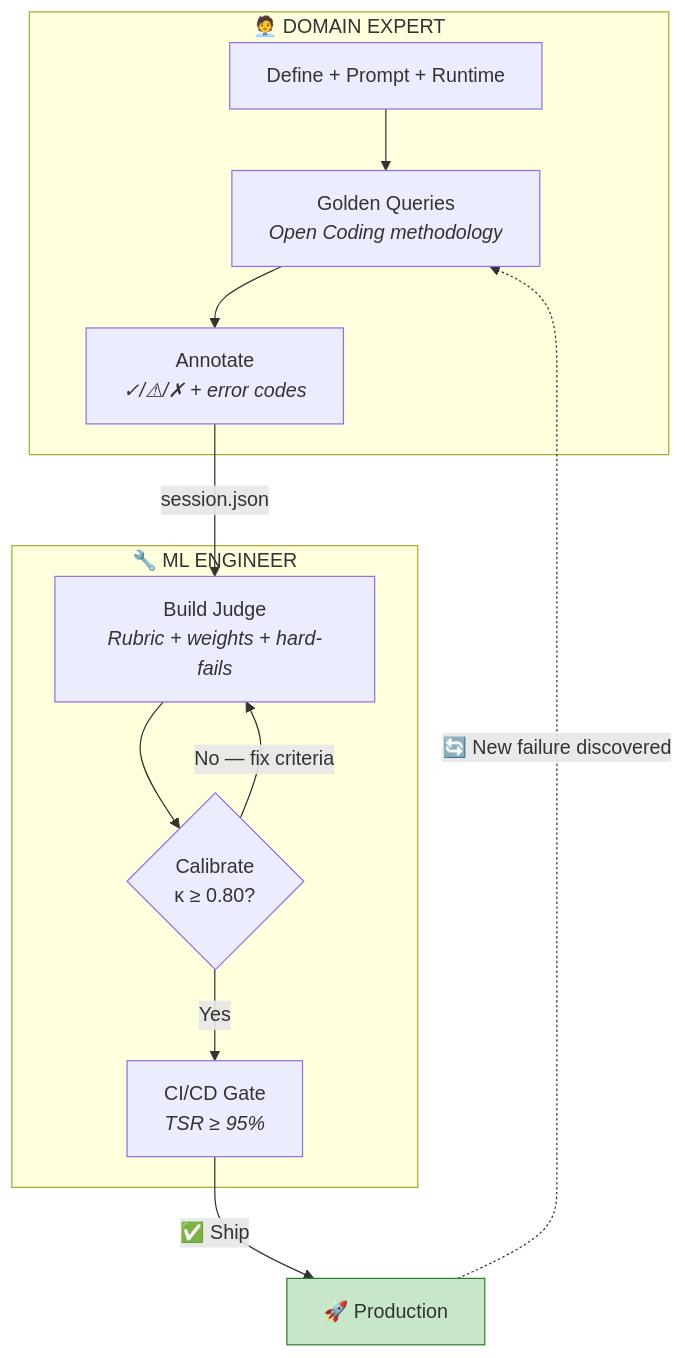
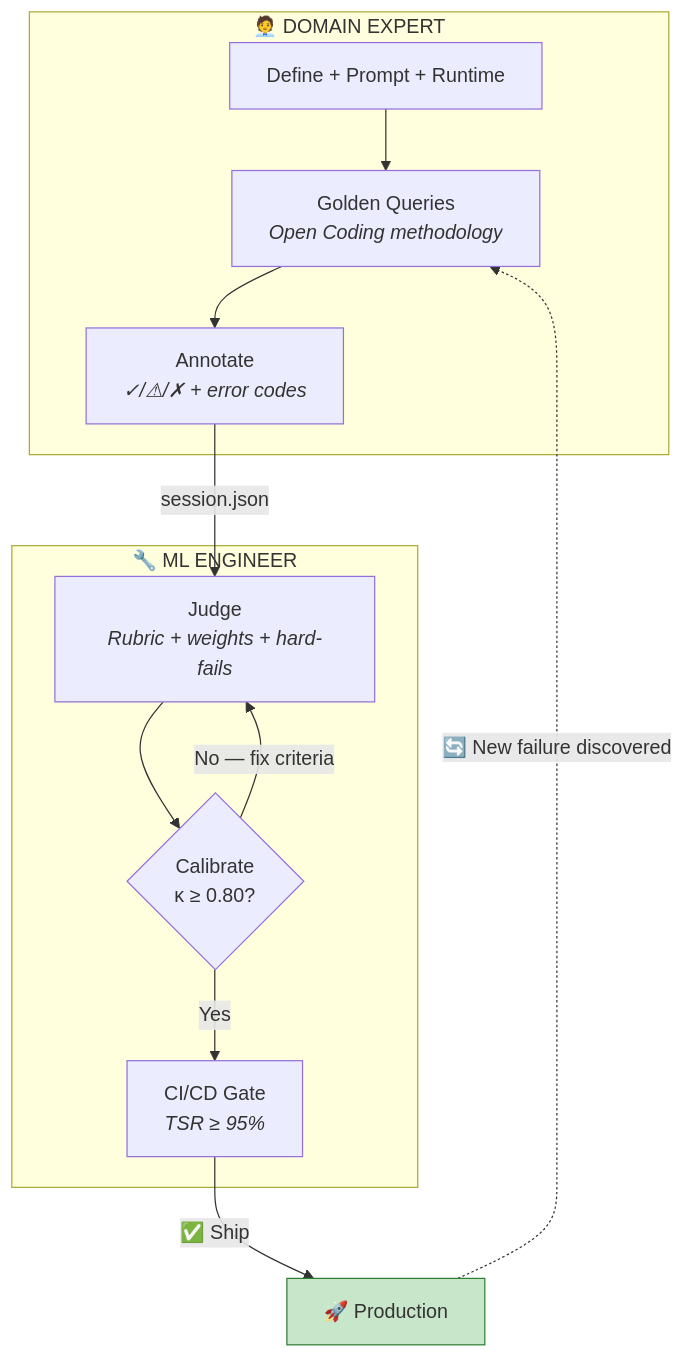
The second of 3 diagrams in README.md (aws-samples/sample-GEDD), drawn with Mermaid before and after one commit. The commit also changed other lines of this file and 1 other file, not shown here.

````diff
--- a/README.md
+++ b/README.md
@@ -162,24 +162,24 @@
 ```mermaid
 flowchart TD
     subgraph EXPERT["🧑‍💼 DOMAIN EXPERT"]
         D["Define + Prompt + Runtime"]
         Q["Golden Queries<br/><i>Open Coding methodology</i>"]
         A["Annotate<br/><i>✓/⚠/✗ + error codes</i>"]
         D --> Q --> A
     end
 
     subgraph ENGINEER["🔧 ML ENGINEER"]
-        J["Build Judge<br/><i>Rubric + weights + hard-fails</i>"]
+        J["Judge<br/><i>Rubric + weights + hard-fails</i>"]
         K{"Calibrate<br/>κ ≥ 0.80?"}
         CI["CI/CD Gate<br/><i>TSR ≥ 95%</i>"]
         J --> K
         K -->|"Yes"| CI
         K -->|"No — fix criteria"| J
     end
 
     A -->|"session.json"| J
     CI -->|"✅ Ship"| PROD["🚀 Production"]
     PROD -.->|"🔄 New failure discovered"| Q
 
     style PROD fill:#c8e6c9,stroke:#2e7d32
 ```
````
